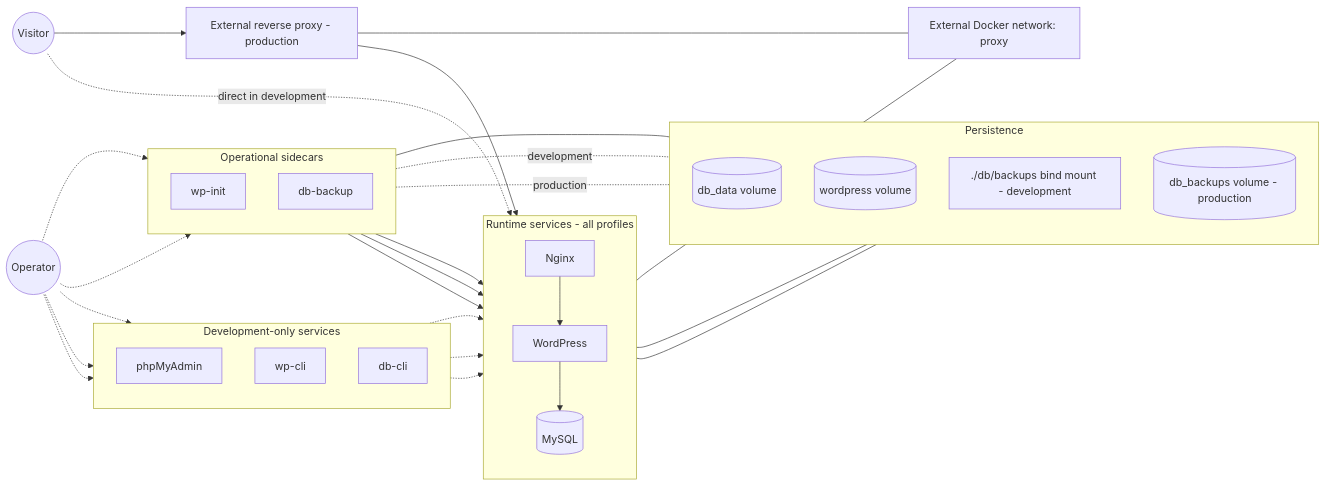
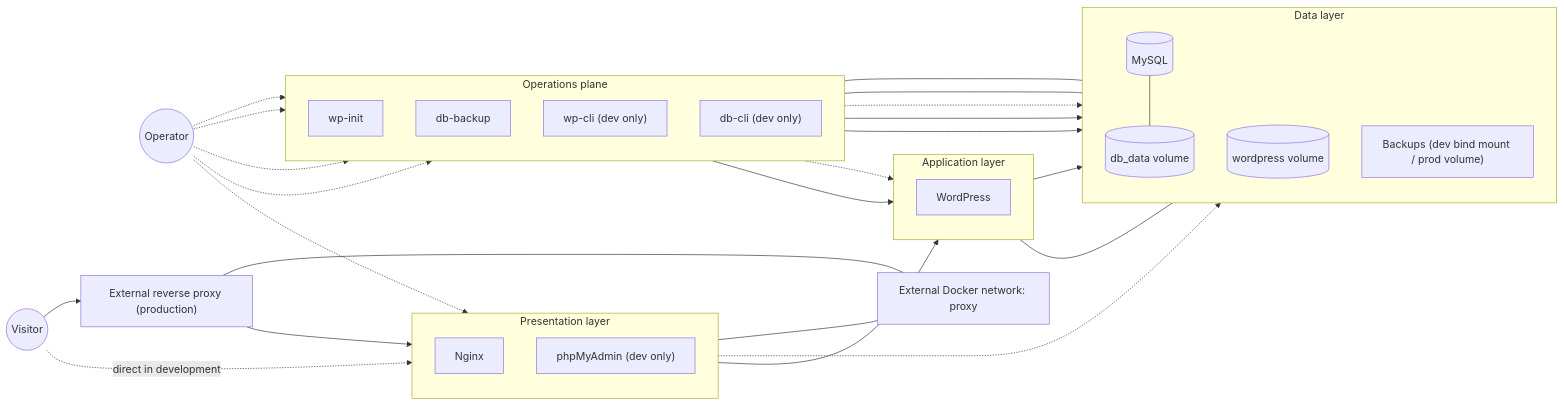
One commit to taygumus/wp-docker-stack changed the second of 2 diagrams in README.md. Above: the diagram before and after it, drawn with Mermaid.

````diff
--- a/README.md
+++ b/README.md
@@ -237,63 +237,59 @@
 ```mermaid
 flowchart LR
     Visitor((Visitor))
     Operator((Operator))
-
-    Proxy["External reverse proxy - production"]
+    Proxy["External reverse proxy (production)"]
     ProxyNet["External Docker network: proxy"]
 
-    subgraph Runtime [Runtime services - all profiles]
+    subgraph Edge["Presentation layer"]
         direction TB
         Nginx[Nginx]
-        WP[WordPress]
-        DB[(MySQL)]
+        PMA["phpMyAdmin (dev only)"]
     end
 
-    subgraph DevTools [Development-only services]
+    subgraph App["Application layer"]
         direction TB
-        PMA[phpMyAdmin]
-        WP_CLI[wp-cli]
-        DB_CLI[db-cli]
+        WP[WordPress]
     end
 
-    subgraph Ops [Operational sidecars]
+    subgraph Data["Data layer"]
+        direction TB
+        DB[(MySQL)]
+        V_DB[(db_data volume)]
+        V_WP[(wordpress volume)]
+        V_BKP["Backups (dev bind mount / prod volume)"]
+    end
+
+    subgraph Ops["Operations plane"]
         direction TB
         WP_INIT[wp-init]
         DB_BACKUP[db-backup]
-    end
-
-    subgraph Storage [Persistence]
-        direction TB
-        V_DB[(db_data volume)]
-        V_WP[(wordpress volume)]
-        V_BKP_DEV["./db/backups bind mount - development"]
-        V_BKP_PROD[(db_backups volume - production)]
+        WP_CLI["wp-cli (dev only)"]
+        DB_CLI["db-cli (dev only)"]
     end
 
     Visitor -. direct in development .-> Nginx
     Visitor --> Proxy --> Nginx
     Proxy --- ProxyNet
     Nginx --- ProxyNet
 
     Nginx --> WP --> DB
 
     DB --- V_DB
     WP --- V_WP
     WP_INIT --- V_WP
-    DB_BACKUP -. development .- V_BKP_DEV
-    DB_BACKUP -. production .- V_BKP_PROD
+    DB_BACKUP --- V_BKP
+
+    PMA -.-> DB
+    WP_CLI -.-> WP
+    DB_CLI -.-> DB
+    WP_INIT --> WP
+    WP_INIT --> DB
+    DB_BACKUP --> DB
 
     Operator -.-> PMA
     Operator -.-> WP_CLI
     Operator -.-> DB_CLI
     Operator -.-> WP_INIT
     Operator -.-> DB_BACKUP
-
-    PMA -.-> DB
-    WP_CLI -.-> WP
-    DB_CLI -.-> DB
-
-    WP_INIT --> WP
-    WP_INIT --> DB
-    DB_BACKUP --> DB
 ```
````
